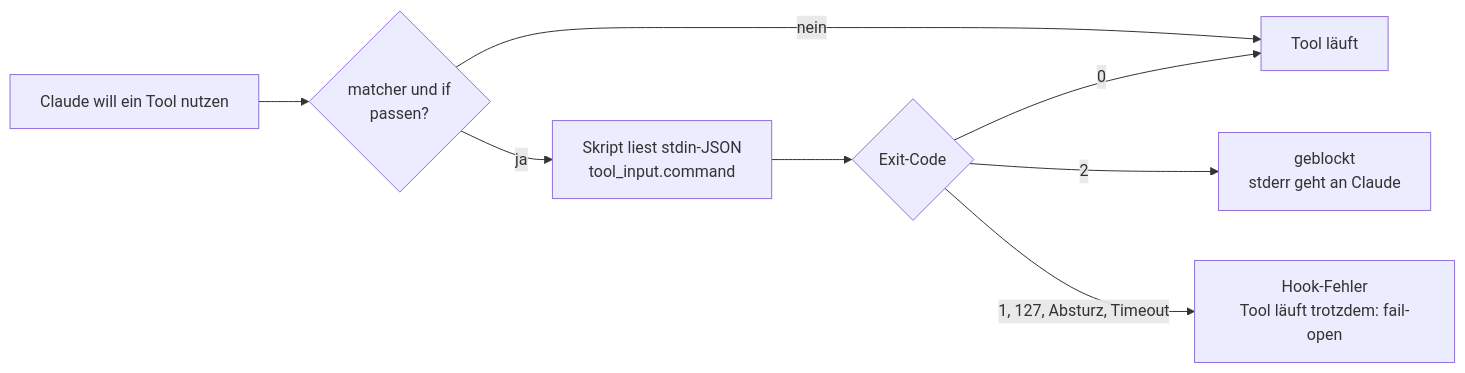
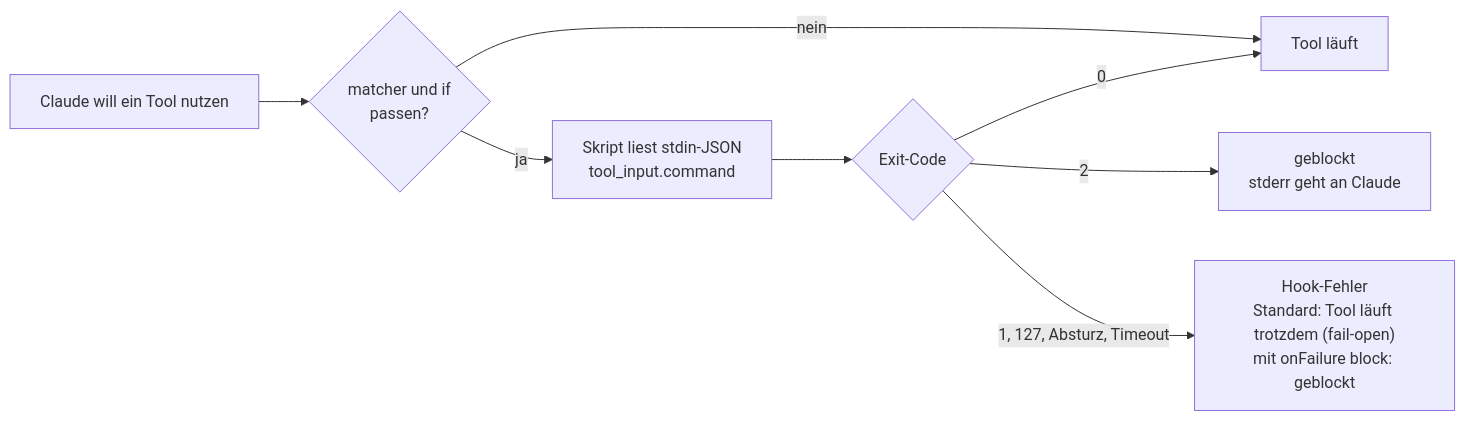
The diagram in resources/library/s2-08-hook-einrichten.md (dynamic-dome/dynamic-workshop), drawn with Mermaid before and after one commit. The commit also changed other lines of this file and 12 other files, not shown here.

First line of the commit message:
docs(library): onFailure "block" für Hooks quellentreu ergänzt, Standard bleibt fail-open (#10029)

````diff
--- a/resources/library/s2-08-hook-einrichten.md
+++ b/resources/library/s2-08-hook-einrichten.md
@@ -43,10 +43,10 @@
 ```mermaid
 flowchart LR
   A["Claude will ein Tool nutzen"] --> B{"matcher und if<br/>passen?"}
   B -- "nein" --> R["Tool läuft"]
   B -- "ja" --> D["Skript liest stdin-JSON<br/>tool_input.command"]
   D --> E{"Exit-Code"}
   E -- "0" --> R
   E -- "2" --> X["geblockt<br/>stderr geht an Claude"]
-  E -- "1, 127, Absturz, Timeout" --> F["Hook-Fehler<br/>Tool läuft trotzdem: fail-open"]
+  E -- "1, 127, Absturz, Timeout" --> F["Hook-Fehler<br/>Standard: Tool läuft trotzdem (fail-open)<br/>mit onFailure block: geblockt"]
 ```
````
